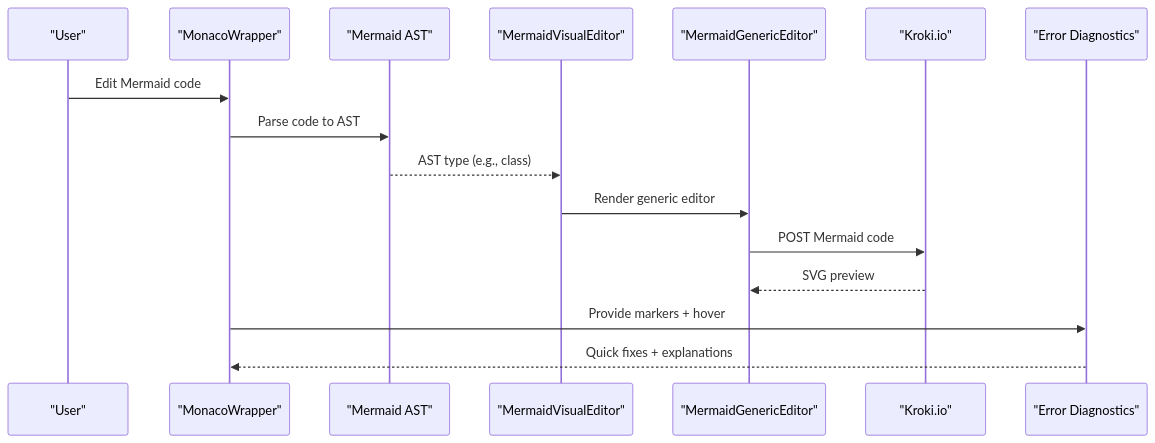
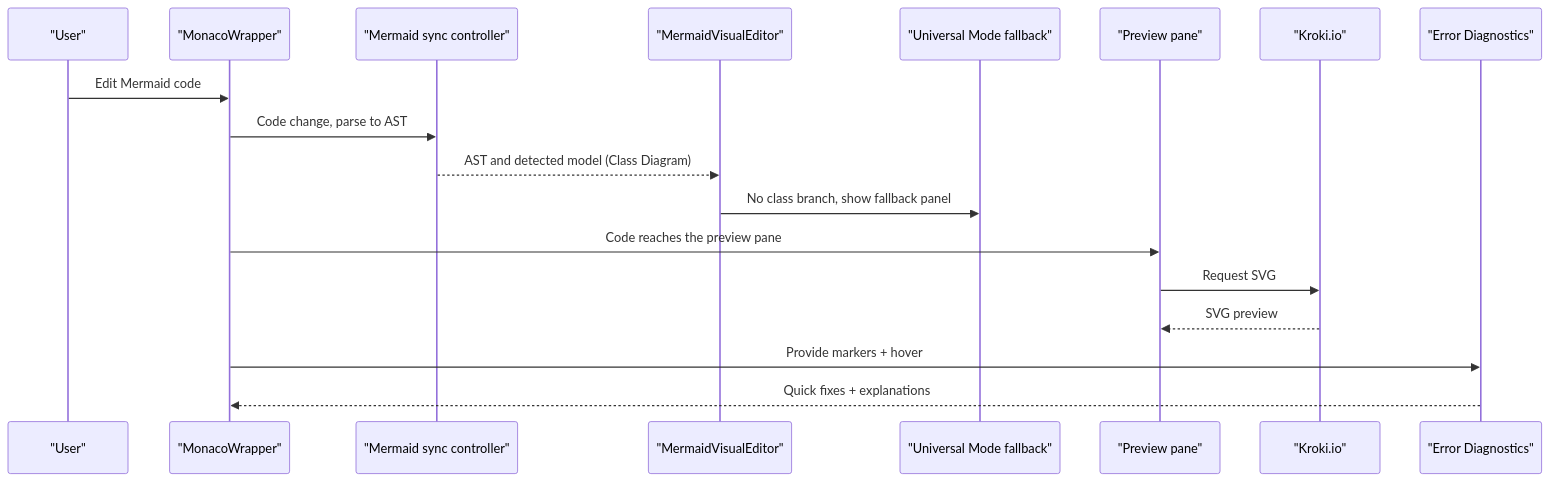
Before and after one commit to ongchonghian/universal-diagram-editor: the second of 6 diagrams in .qoder/repowiki/en/content/Diagram Types and Formats/Mermaid Diagrams/Class Diagrams.md, drawn with Mermaid. The commit also changed other lines of this file and 31 other files, not shown here.

````diff
--- a/.qoder/repowiki/en/content/Diagram Types and Formats/Mermaid Diagrams/Class Diagrams.md
+++ b/.qoder/repowiki/en/content/Diagram Types and Formats/Mermaid Diagrams/Class Diagrams.md
@@ -99,18 +93,20 @@
 ```mermaid
 sequenceDiagram
 participant User as "User"
 participant Monaco as "MonacoWrapper"
-participant Parser as "Mermaid AST"
+participant Parser as "Mermaid sync controller"
 participant Router as "MermaidVisualEditor"
-participant Generic as "MermaidGenericEditor"
+participant Generic as "Universal Mode fallback"
+participant Preview as "Preview pane"
 participant Kroki as "Kroki.io"
 participant Diag as "Error Diagnostics"
 User->>Monaco : Edit Mermaid code
-Monaco->>Parser : Parse code to AST
-Parser-->>Router : AST type (e.g., class)
-Router->>Generic : Render generic editor
-Generic->>Kroki : POST Mermaid code
-Kroki-->>Generic : SVG preview
+Monaco->>Parser : Code change, parse to AST
+Parser-->>Router : AST and detected model (Class Diagram)
+Router->>Generic : No class branch, show fallback panel
+Monaco->>Preview : Code reaches the preview pane
+Preview->>Kroki : Request SVG
+Kroki-->>Preview : SVG preview
 Monaco->>Diag : Provide markers + hover
 Diag-->>Monaco : Quick fixes + explanations
 ```
````
